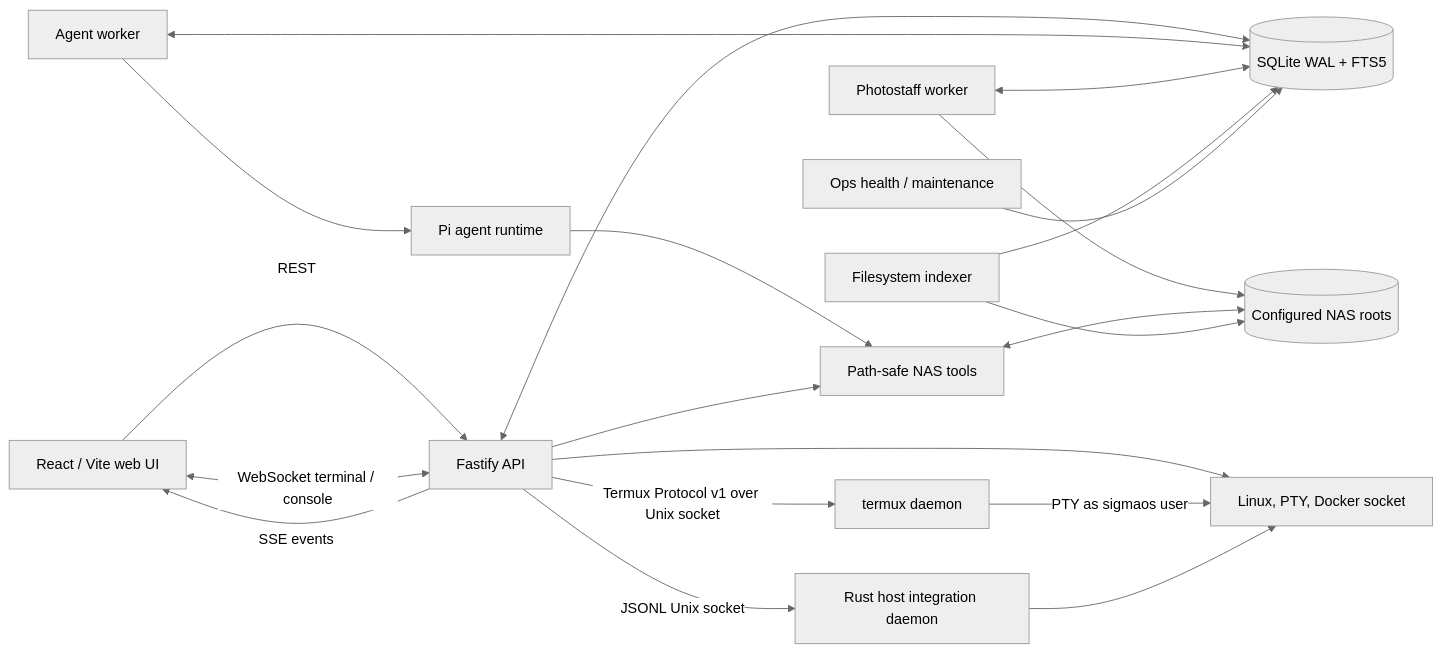
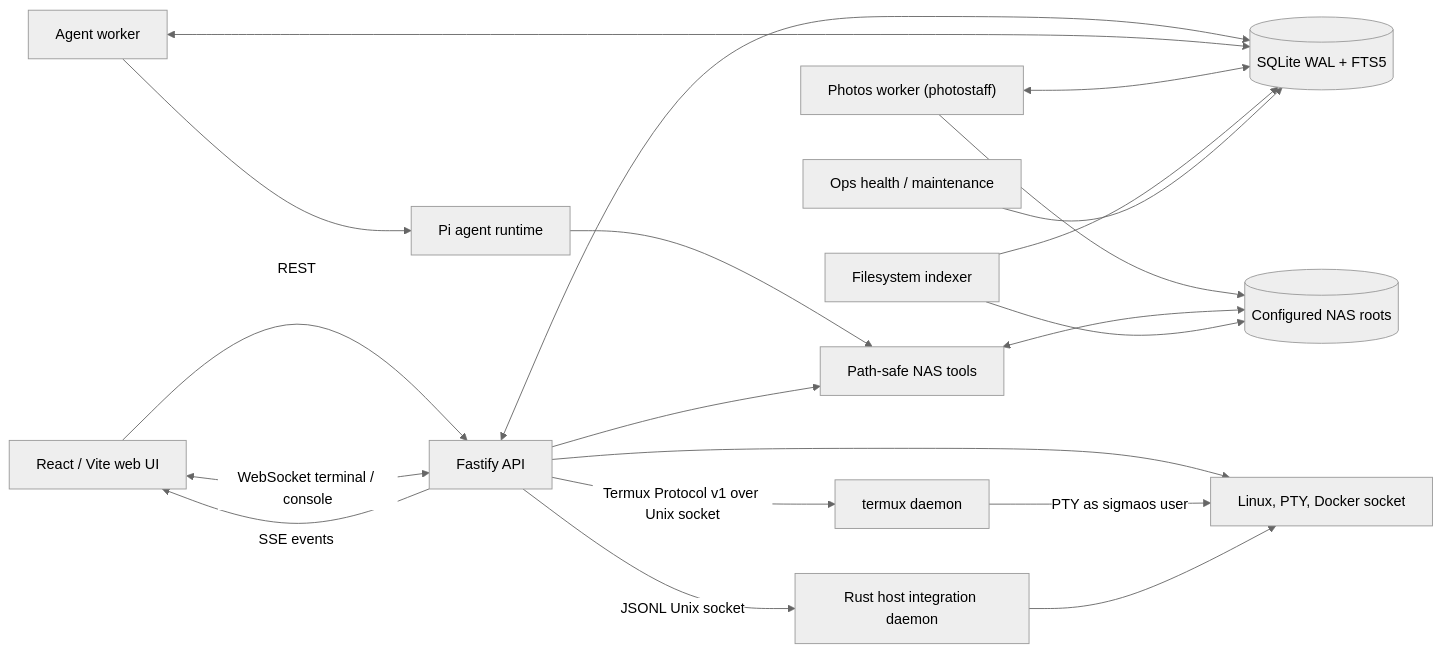
Before and after one commit to zhubby/CyberOS: the diagram in README.md, drawn with Mermaid (neutral theme). The commit also changed other lines of this file and 34 other files, not shown here.

````diff
--- a/README.md
+++ b/README.md
@@ -76,35 +76,35 @@
 ```mermaid
 flowchart LR
   Browser["React / Vite web UI"]
   API["Fastify API"]
   DB[("SQLite WAL + FTS5")]
   Worker["Agent worker"]
-  Photostaff["Photostaff worker"]
+  PhotoWorker["Photos worker (photostaff)"]
   Agent["Pi agent runtime"]
   Indexer["Filesystem indexer"]
   Ops["Ops health / maintenance"]
   Tools["Path-safe NAS tools"]
   Roots[("Configured NAS roots")]
   Host["Linux, PTY, Docker socket"]
   Hostd["Rust host integration daemon"]
 
   Browser -->|REST| API
   API -->|SSE events| Browser
   Browser <-->|WebSocket terminal / console| API
   API <--> DB
   Worker <--> DB
   Worker --> Agent
-  Photostaff <--> DB
-  Photostaff --> Roots
+  PhotoWorker <--> DB
+  PhotoWorker --> Roots
   Agent --> Tools
   API --> Tools
   Tools <--> Roots
   Indexer --> Roots
   Indexer --> DB
   Ops --> DB
   API --> Host
   API -->|Termux Protocol v1 over Unix socket| Termux[termux daemon]
   Termux -->|PTY as sigmaos user| Host
   API -->|JSONL Unix socket| Hostd
   Hostd --> Host
 ```
````
